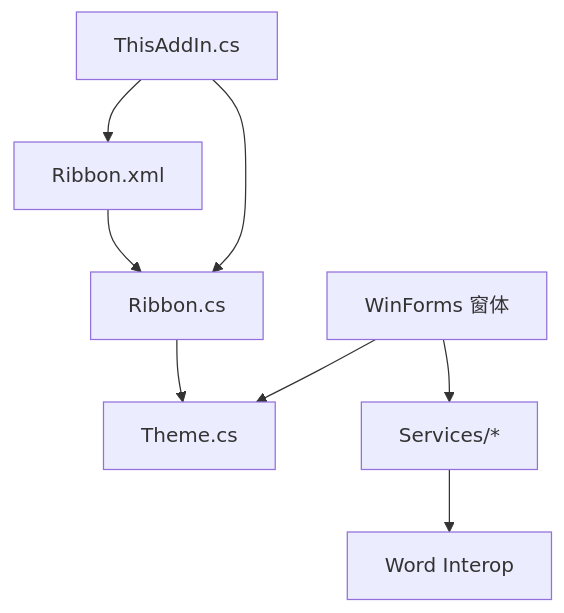
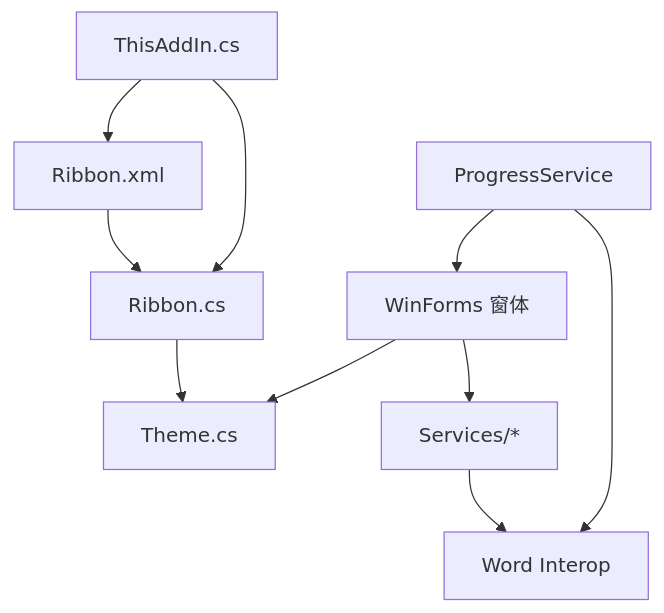
One commit to rainiva/WordTools changed the tenth of 10 diagrams in .qoder/repowiki/zh/content/界面组件/界面组件.md. Above: the diagram before and after it, drawn with Mermaid. The commit also changed other lines of this file and 8 other files, not shown here.

Commit message:
perf: 大表格插图性能优化-清理编号与计算起始号瓶颈修复+诊断计时

````diff
--- a/.qoder/repowiki/zh/content/界面组件/界面组件.md
+++ b/.qoder/repowiki/zh/content/界面组件/界面组件.md
@@ -387,10 +457,12 @@
 ```mermaid
 graph TB
 RibbonXML["Ribbon.xml"] --> RibbonCS["Ribbon.cs"]
 RibbonCS --> ThemeCS["Theme.cs"]
 ThisAddIn["ThisAddIn.cs"] --> RibbonXML
 ThisAddIn --> RibbonCS
 Forms["WinForms 窗体"] --> ThemeCS
 Forms --> Services["Services/*"]
 Services --> WordInterop["Word Interop"]
+Progress["ProgressService"] --> Forms
+Progress --> WordInterop
 ```
````
